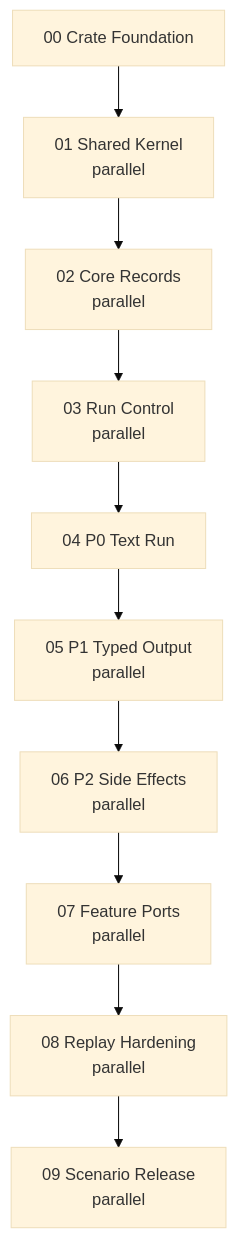
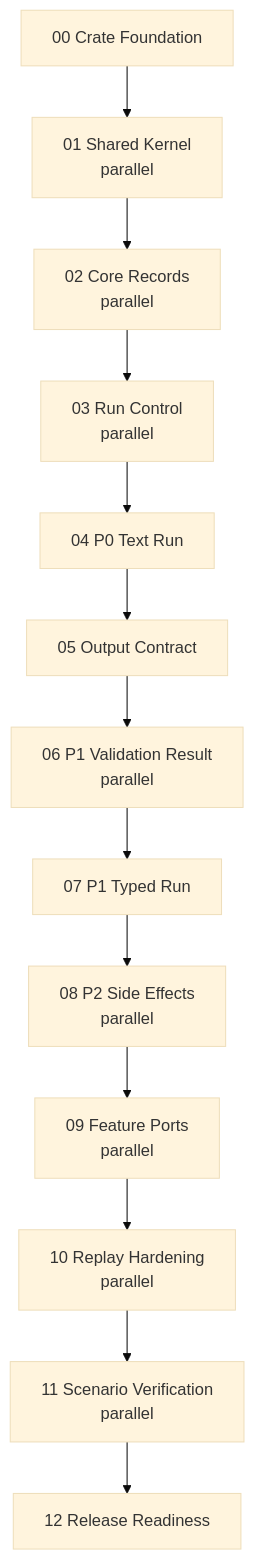
One commit to heyclawdia/clawdia_sdk changed the diagram in docs/implementation-workstreams/README.md. Above: the diagram before and after it, drawn with Mermaid (base theme). The commit also changed other lines of this file and 53 other files, not shown here.

````diff
--- a/docs/implementation-workstreams/README.md
+++ b/docs/implementation-workstreams/README.md
@@ -45,12 +51,15 @@
 ```mermaid
 flowchart TD
   P00["00 Crate Foundation"] --> P01["01 Shared Kernel<br/>parallel"]
   P01 --> P02["02 Core Records<br/>parallel"]
   P02 --> P03["03 Run Control<br/>parallel"]
   P03 --> P04["04 P0 Text Run"]
-  P04 --> P05["05 P1 Typed Output<br/>parallel"]
-  P05 --> P06["06 P2 Side Effects<br/>parallel"]
-  P06 --> P07["07 Feature Ports<br/>parallel"]
-  P07 --> P08["08 Replay Hardening<br/>parallel"]
-  P08 --> P09["09 Scenario Release<br/>parallel"]
+  P04 --> P05["05 Output Contract"]
+  P05 --> P06["06 P1 Validation Result<br/>parallel"]
+  P06 --> P07["07 P1 Typed Run"]
+  P07 --> P08["08 P2 Side Effects<br/>parallel"]
+  P08 --> P09["09 Feature Ports<br/>parallel"]
+  P09 --> P10["10 Replay Hardening<br/>parallel"]
+  P10 --> P11["11 Scenario Verification<br/>parallel"]
+  P11 --> P12["12 Release Readiness"]
 ```
````
